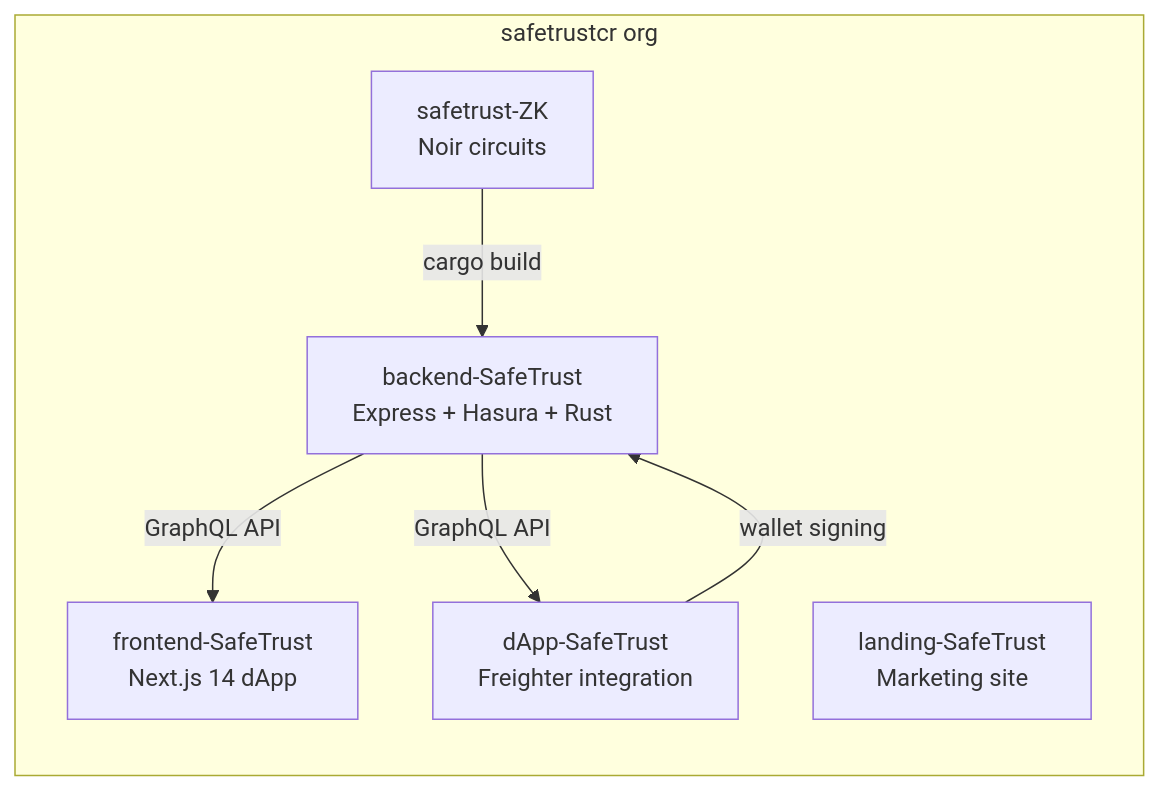
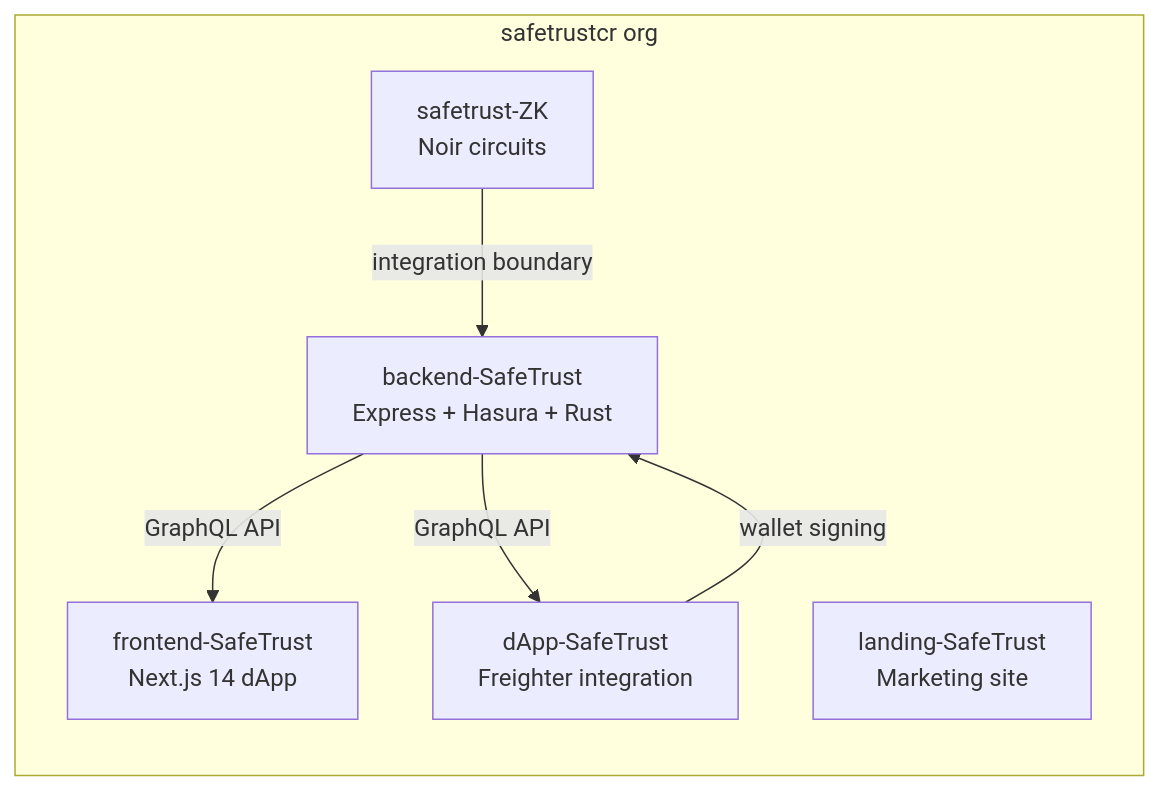
The fifth of 5 diagrams in docs/architecture/overview.md (safetrustcr/backend-SafeTrust), drawn with Mermaid before and after one commit. The commit also changed other lines of this file and 106 other files, not shown here.

````diff
--- a/docs/architecture/overview.md
+++ b/docs/architecture/overview.md
@@ -128,15 +128,15 @@
 ```mermaid
 flowchart LR
     subgraph safetrustcr org
         BE[backend-SafeTrust\nExpress + Hasura + Rust]
         FE[frontend-SafeTrust\nNext.js 14 dApp]
         DA[dApp-SafeTrust\nFreighter integration]
         LA[landing-SafeTrust\nMarketing site]
         ZK[safetrust-ZK\nNoir circuits]
     end
 
     BE -->|GraphQL API| FE
     BE -->|GraphQL API| DA
     DA -->|wallet signing| BE
-    ZK -->|cargo build| BE
+        ZK -->|integration boundary| BE
 ```
````
